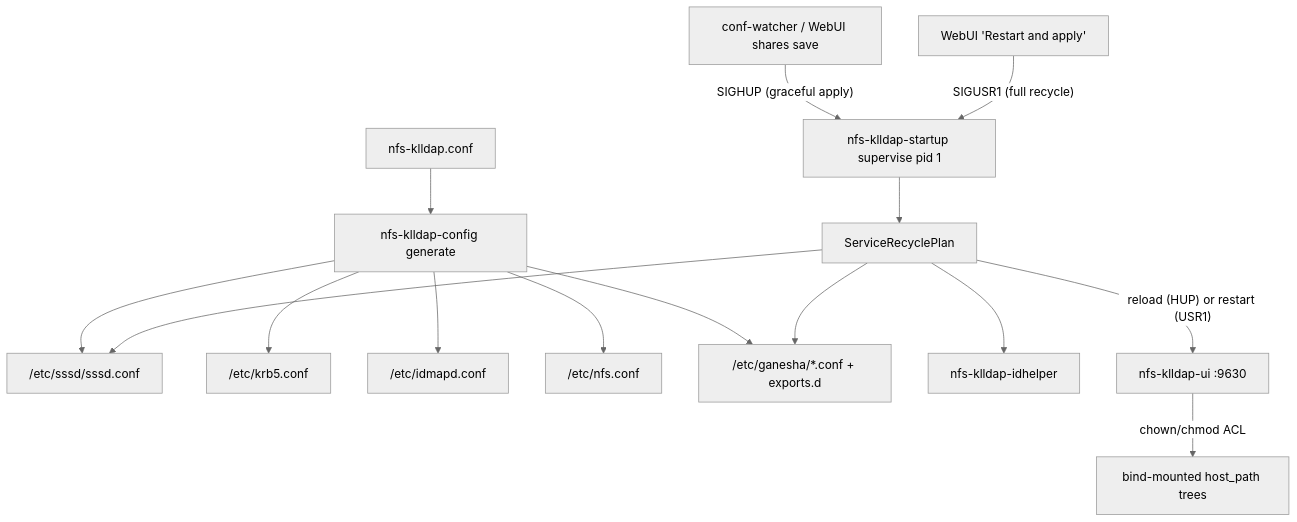
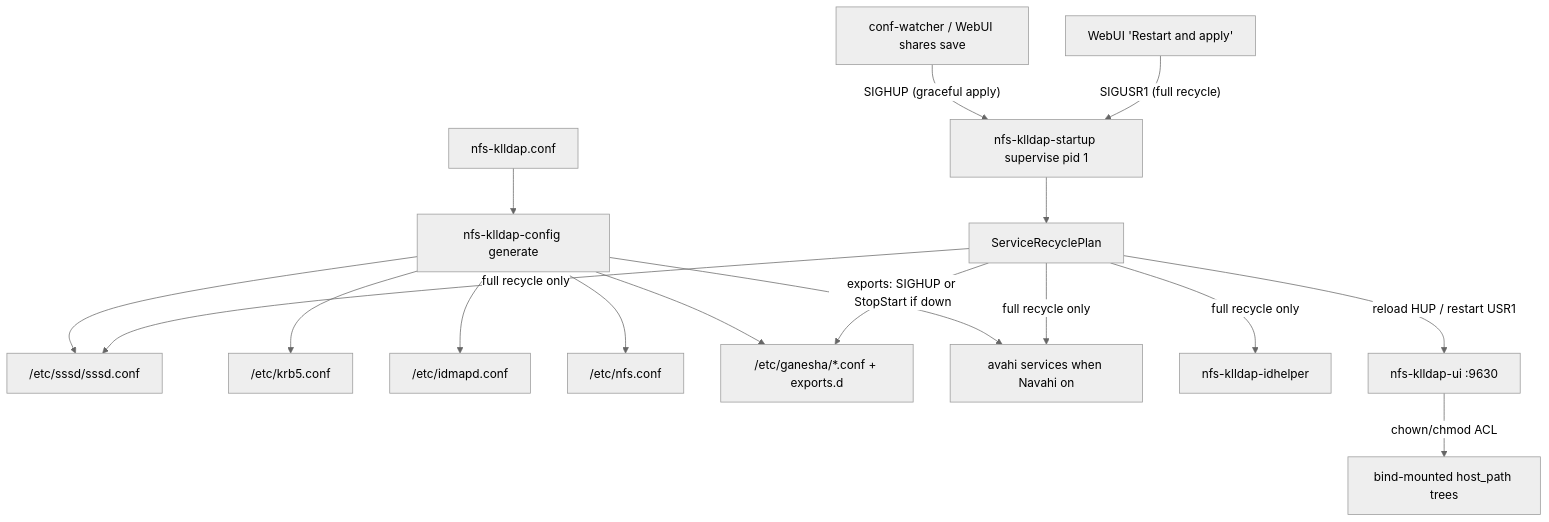
The first of 2 diagrams in README.md (Aelieth/nfs-klldap-host), drawn with Mermaid (neutral theme) before and after one commit. The commit also changed other lines of this file and 21 other files, not shown here.

````diff
--- a/README.md
+++ b/README.md
@@ -33,17 +50,19 @@
 ```mermaid
 flowchart TD
   conf["nfs-klldap.conf"] --> gen["nfs-klldap-config generate"]
   gen --> sssd["/etc/sssd/sssd.conf"]
   gen --> krb5["/etc/krb5.conf"]
   gen --> idmap["/etc/idmapd.conf"]
   gen --> nfsconf["/etc/nfs.conf"]
   gen --> ganesha["/etc/ganesha/*.conf + exports.d"]
+  gen --> avahi["avahi services when Navahi on"]
   watcher["conf-watcher / WebUI shares save"] -->|"SIGHUP (graceful apply)"| pid1["nfs-klldap-startup supervise pid 1"]
   button["WebUI 'Restart and apply'"] -->|"SIGUSR1 (full recycle)"| pid1
   pid1 --> recycle["ServiceRecyclePlan"]
-  recycle --> sssd
-  recycle --> idhelper["nfs-klldap-idhelper"]
-  recycle --> ganesha
-  recycle -->|"reload (HUP) or restart (USR1)"| ui["nfs-klldap-ui :9630"]
+  recycle -->|"exports: SIGHUP or StopStart if down"| ganesha
+  recycle -->|"full recycle only"| sssd
+  recycle -->|"full recycle only"| idhelper["nfs-klldap-idhelper"]
+  recycle -->|"full recycle only"| avahi
+  recycle -->|"reload HUP / restart USR1"| ui["nfs-klldap-ui :9630"]
   ui -->|chown/chmod ACL| trees["bind-mounted host_path trees"]
 ```
````
